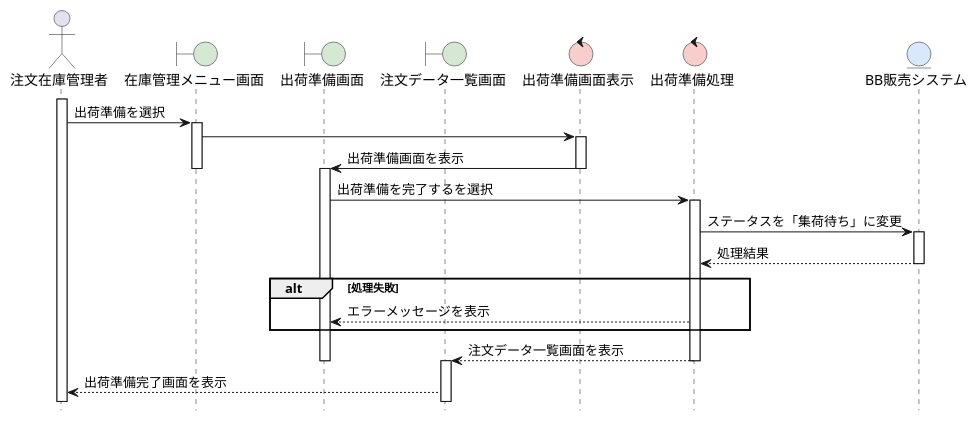
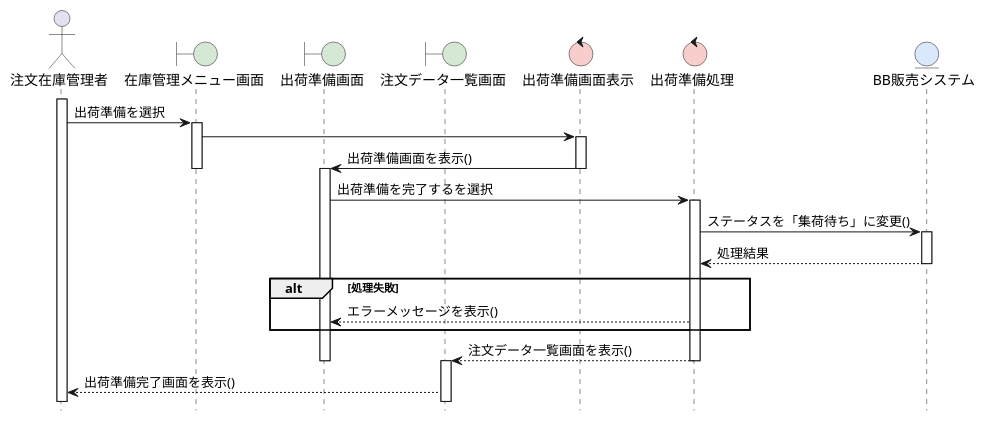
One commit to FujikawaHirono0520/group3_1_dogdog changed the diagram in BB/sequence_sending.pu. Above: the diagram before and after it, drawn with PlantUML.

Commit message:
commmmmmmmmmmmmmmmmmmmmmmmmmmmmmmmmmit

```diff
--- a/BB/sequence_sending.pu
+++ b/BB/sequence_sending.pu
@@ -1,49 +1,49 @@
 @startuml .
 
 hide footbox
 skinparam BoundaryBackgroundColor #D5E8D4
 skinparam ControlBackgroundColor #F8CECC
 skinparam EntityBackgroundColor #DAE8FC
 
 actor 注文在庫管理者 as Admin
 boundary 在庫管理メニュー画面 as Menu
 boundary 出荷準備画面 as Sending
 boundary 注文データ一覧画面 as List
 control 出荷準備画面表示 as Display
 control 出荷準備処理 as Process
 entity BB販売システム as System
 ' database 注文データテーブル as OrderDB?
 
 activate Admin
 Admin -> Menu: 出荷準備を選択
 
 activate Menu
 Menu -> Display
 
 activate Display
-Display -> Sending: 出荷準備画面を表示
+Display -> Sending: 出荷準備画面を表示()
 deactivate Menu
 deactivate Display
 
 activate Sending
 Sending -> Process: 出荷準備を完了するを選択
 
 activate Process
-Process -> System: ステータスを「集荷待ち」に変更
+Process -> System: ステータスを「集荷待ち」に変更()
 
 activate System
 System --> Process: 処理結果
 deactivate System
 
 alt 処理失敗
-    Process --> Sending: エラーメッセージを表示
+    Process --> Sending: エラーメッセージを表示()
 end
 
-Process --> List: 注文データ一覧画面を表示
+Process --> List: 注文データ一覧画面を表示()
 deactivate Process
 
 activate List
 deactivate Sending
-List --> Admin: 出荷準備完了画面を表示
+List --> Admin: 出荷準備完了画面を表示()
 
 @enduml
```
